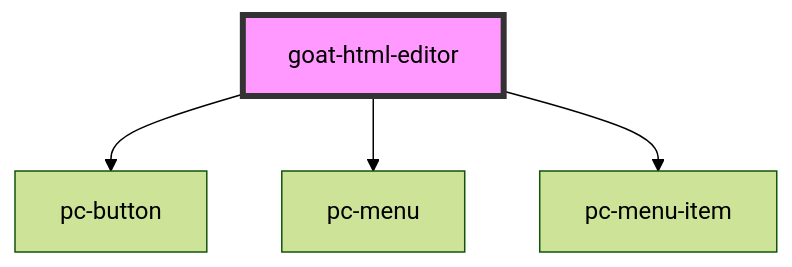
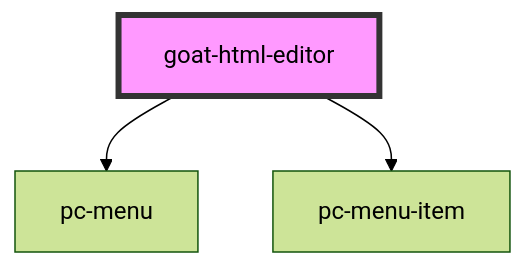
The diagram in src/components/input-controls/html-editor/readme.md (redvars/peacock), drawn with Mermaid (forest theme) before and after one commit. The commit also changed other lines of this file and 62 other files, not shown here.

````diff
--- a/src/components/input-controls/html-editor/readme.md
+++ b/src/components/input-controls/html-editor/readme.md
@@ -81,7 +80,6 @@
 ```mermaid
 graph TD;
-  goat-html-editor --> pc-button
   goat-html-editor --> pc-menu
   goat-html-editor --> pc-menu-item
   style goat-html-editor fill:#f9f,stroke:#333,stroke-width:4px
 ```
````
